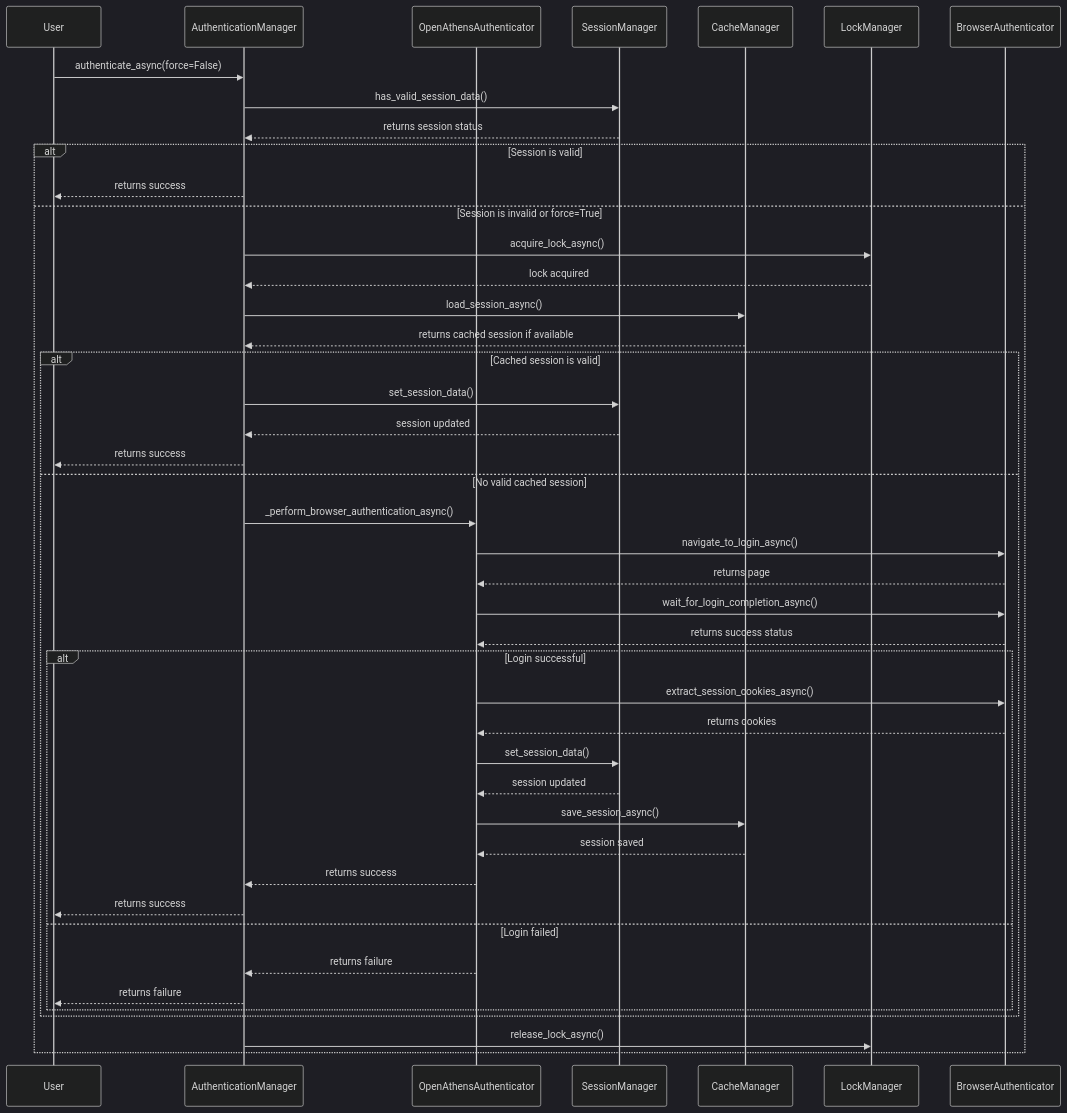
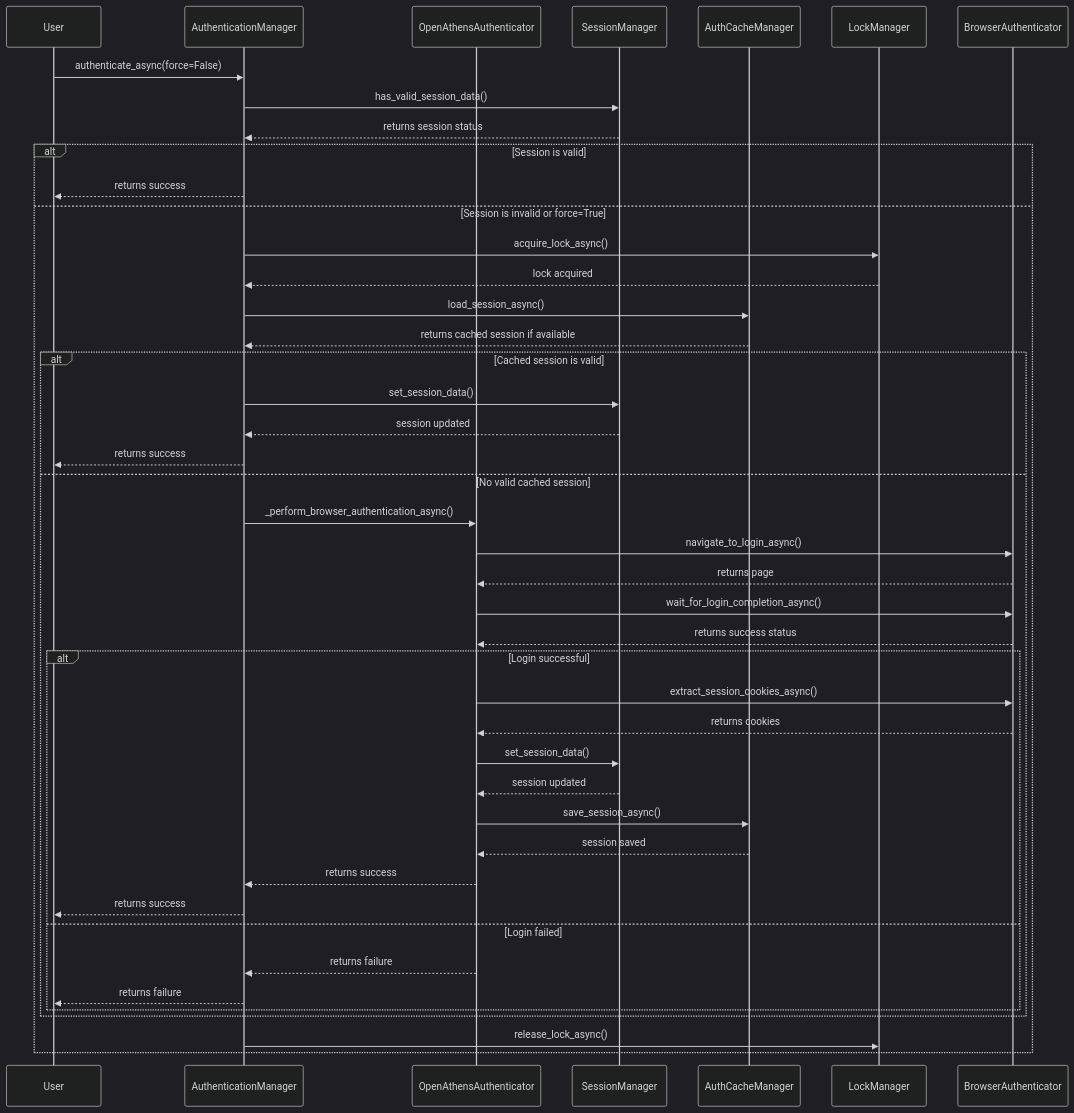
The diagram in src/scitex/scholar/auth/README.md (ywatanabe1989/SciTeX-Code), drawn with Mermaid (dark theme) before and after one commit. The commit also changed 69 other files, not shown here.

````diff
--- a/src/scitex/scholar/auth/README.md
+++ b/src/scitex/scholar/auth/README.md
@@ -35,47 +35,47 @@
 ``` mermaid
 sequenceDiagram
     participant User
     participant AuthenticationManager
     participant OpenAthensAuthenticator
     participant SessionManager
-    participant CacheManager
+    participant AuthCacheManager
     participant LockManager
     participant BrowserAuthenticator
 
     User->>AuthenticationManager: authenticate_async(force=False)
     AuthenticationManager->>SessionManager: has_valid_session_data()
     SessionManager-->>AuthenticationManager: returns session status
     alt Session is valid
         AuthenticationManager-->>User: returns success
     else Session is invalid or force=True
         AuthenticationManager->>LockManager: acquire_lock_async()
         LockManager-->>AuthenticationManager: lock acquired
-        AuthenticationManager->>CacheManager: load_session_async()
-        CacheManager-->>AuthenticationManager: returns cached session if available
+        AuthenticationManager->>AuthCacheManager: load_session_async()
+        AuthCacheManager-->>AuthenticationManager: returns cached session if available
         alt Cached session is valid
             AuthenticationManager->>SessionManager: set_session_data()
             SessionManager-->>AuthenticationManager: session updated
             AuthenticationManager-->>User: returns success
         else No valid cached session
             AuthenticationManager->>OpenAthensAuthenticator: _perform_browser_authentication_async()
             OpenAthensAuthenticator->>BrowserAuthenticator: navigate_to_login_async()
             BrowserAuthenticator-->>OpenAthensAuthenticator: returns page
             OpenAthensAuthenticator->>BrowserAuthenticator: wait_for_login_completion_async()
             BrowserAuthenticator-->>OpenAthensAuthenticator: returns success status
             alt Login successful
                 OpenAthensAuthenticator->>BrowserAuthenticator: extract_session_cookies_async()
                 BrowserAuthenticator-->>OpenAthensAuthenticator: returns cookies
                 OpenAthensAuthenticator->>SessionManager: set_session_data()
                 SessionManager-->>OpenAthensAuthenticator: session updated
-                OpenAthensAuthenticator->>CacheManager: save_session_async()
-                CacheManager-->>OpenAthensAuthenticator: session saved
+                OpenAthensAuthenticator->>AuthCacheManager: save_session_async()
+                AuthCacheManager-->>OpenAthensAuthenticator: session saved
                 OpenAthensAuthenticator-->>AuthenticationManager: returns success
                 AuthenticationManager-->>User: returns success
             else Login failed
                 OpenAthensAuthenticator-->>AuthenticationManager: returns failure
                 AuthenticationManager-->>User: returns failure
             end
         end
         AuthenticationManager->>LockManager: release_lock_async()
     end
 ```
````
